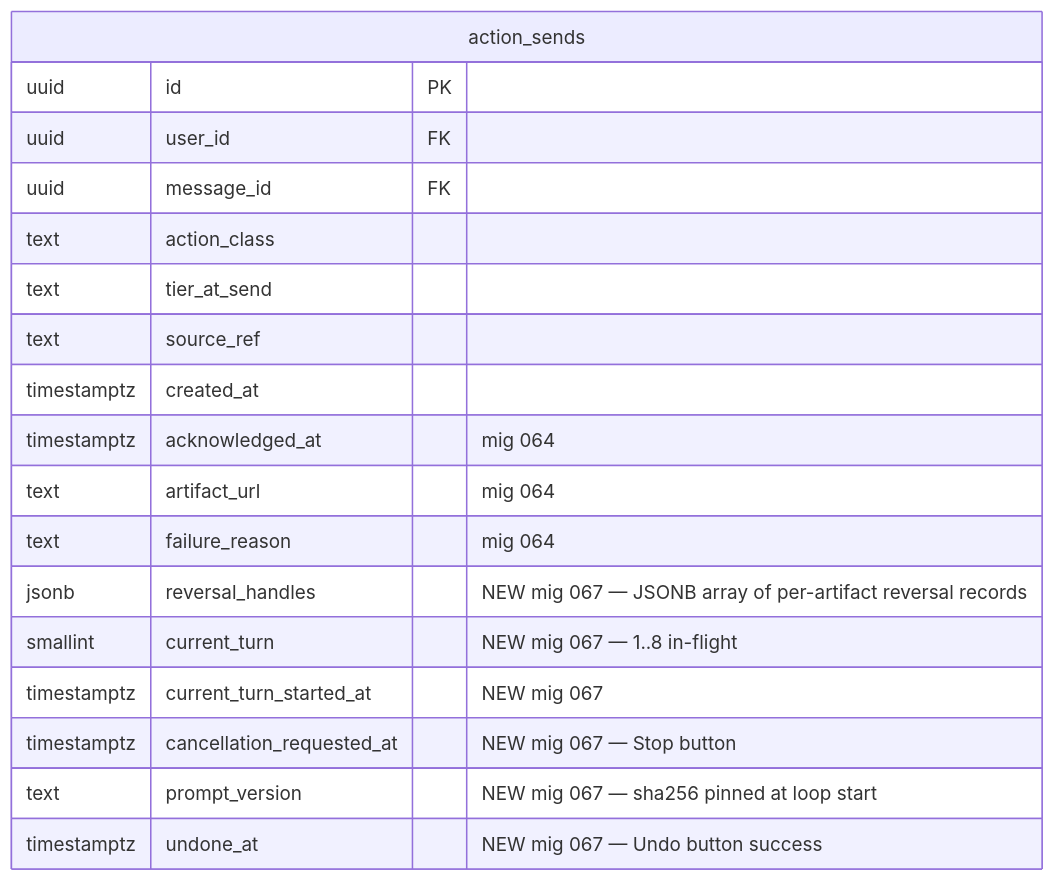
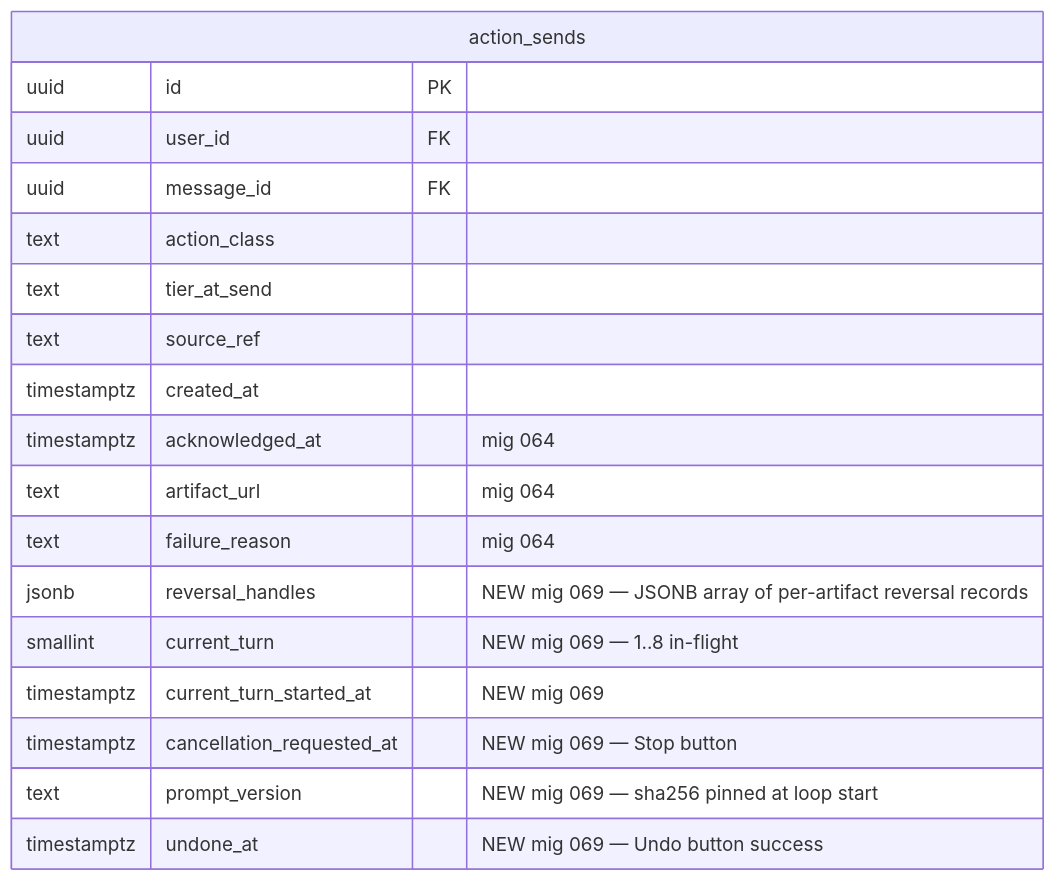
The second of 2 diagrams in knowledge-base/project/plans/2026-05-25-feat-anthropic-leader-loop-pr-b-plan.md (jikig-ai/soleur), drawn with Mermaid before and after one commit. The commit also changed other lines of this file and 13 other files, not shown here.

````diff
--- a/knowledge-base/project/plans/2026-05-25-feat-anthropic-leader-loop-pr-b-plan.md
+++ b/knowledge-base/project/plans/2026-05-25-feat-anthropic-leader-loop-pr-b-plan.md
@@ -724,21 +724,21 @@
 ```mermaid
 erDiagram
     action_sends {
         uuid id PK
         uuid user_id FK
         uuid message_id FK
         text action_class
         text tier_at_send
         text source_ref
         timestamptz created_at
         timestamptz acknowledged_at "mig 064"
         text artifact_url "mig 064"
         text failure_reason "mig 064"
-        jsonb reversal_handles "NEW mig 067 — JSONB array of per-artifact reversal records"
-        smallint current_turn "NEW mig 067 — 1..8 in-flight"
-        timestamptz current_turn_started_at "NEW mig 067"
-        timestamptz cancellation_requested_at "NEW mig 067 — Stop button"
-        text prompt_version "NEW mig 067 — sha256 pinned at loop start"
-        timestamptz undone_at "NEW mig 067 — Undo button success"
+        jsonb reversal_handles "NEW mig 069 — JSONB array of per-artifact reversal records"
+        smallint current_turn "NEW mig 069 — 1..8 in-flight"
+        timestamptz current_turn_started_at "NEW mig 069"
+        timestamptz cancellation_requested_at "NEW mig 069 — Stop button"
+        text prompt_version "NEW mig 069 — sha256 pinned at loop start"
+        timestamptz undone_at "NEW mig 069 — Undo button success"
     }
 ```
````
